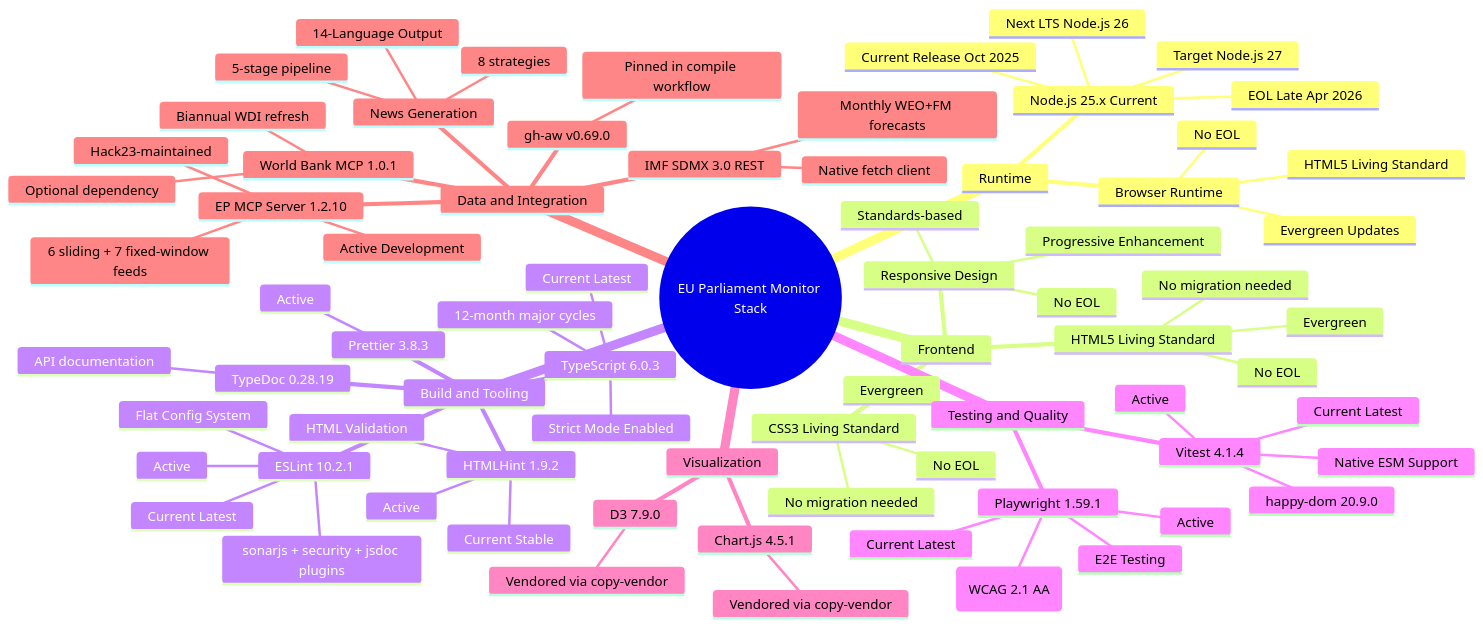
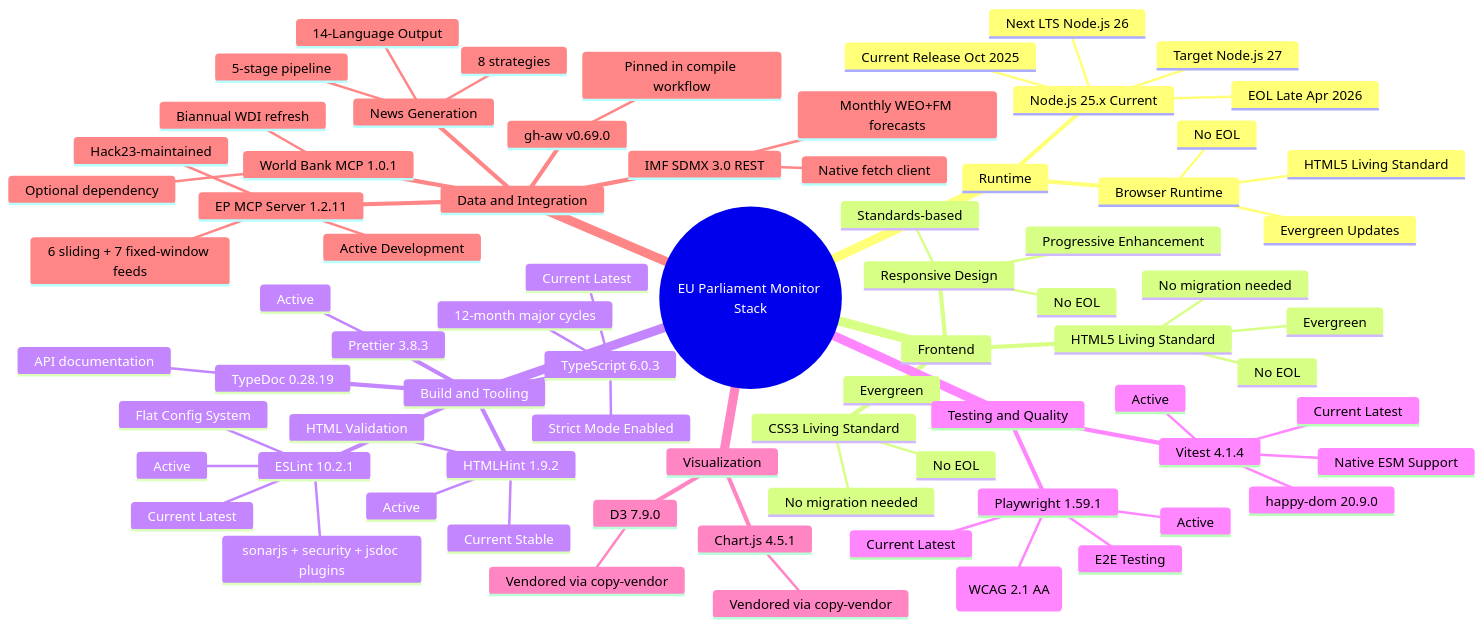
One commit to Hack23/euparliamentmonitor changed the first of 6 diagrams in End-of-Life-Strategy.md. Above: the diagram before and after it, drawn with Mermaid. The commit also changed other lines of this file and 50 other files, not shown here.

````diff
--- a/End-of-Life-Strategy.md
+++ b/End-of-Life-Strategy.md
@@ -88,78 +88,78 @@
 ```mermaid
 mindmap
   root((EU Parliament Monitor Stack))
     Runtime
       Node.js 25.x Current
         Current Release Oct 2025
         EOL Late Apr 2026
         Next LTS Node.js 26
         Target Node.js 27
       Browser Runtime
         Evergreen Updates
         No EOL
         HTML5 Living Standard
     Frontend
       HTML5 Living Standard
         Evergreen
         No EOL
         No migration needed
       CSS3 Living Standard
         Evergreen
         No EOL
         No migration needed
       Responsive Design
         Standards-based
         No EOL
         Progressive Enhancement
     Build and Tooling
       TypeScript 6.0.3
         Current Latest
         12-month major cycles
         Strict Mode Enabled
       ESLint 10.2.1
         Current Latest
         Active
         Flat Config System
         sonarjs + security + jsdoc plugins
       HTMLHint 1.9.2
         Current Stable
         Active
         HTML Validation
       Prettier 3.8.3
         Active
       TypeDoc 0.28.19
         API documentation
     Testing and Quality
       Vitest 4.1.4
         Current Latest
         Active
         Native ESM Support
         happy-dom 20.9.0
       Playwright 1.59.1
         Current Latest
         Active
         E2E Testing
         axe-core 4.11.2 (WCAG 2.1 AA)
     Visualization
       Chart.js 4.5.1
         Vendored via copy-vendor
       D3 7.9.0
         Vendored via copy-vendor
     Data and Integration
-      EP MCP Server 1.2.10
+      EP MCP Server 1.2.11
         Active Development
         Hack23-maintained
         6 sliding + 7 fixed-window feeds
       World Bank MCP 1.0.1
         Optional dependency
         Biannual WDI refresh
       IMF SDMX 3.0 REST
         Native fetch client
         Monthly WEO+FM forecasts
       gh-aw v0.69.0
         Pinned in compile workflow
       News Generation
         5-stage pipeline
         8 strategies
         14-Language Output
 ```
````
